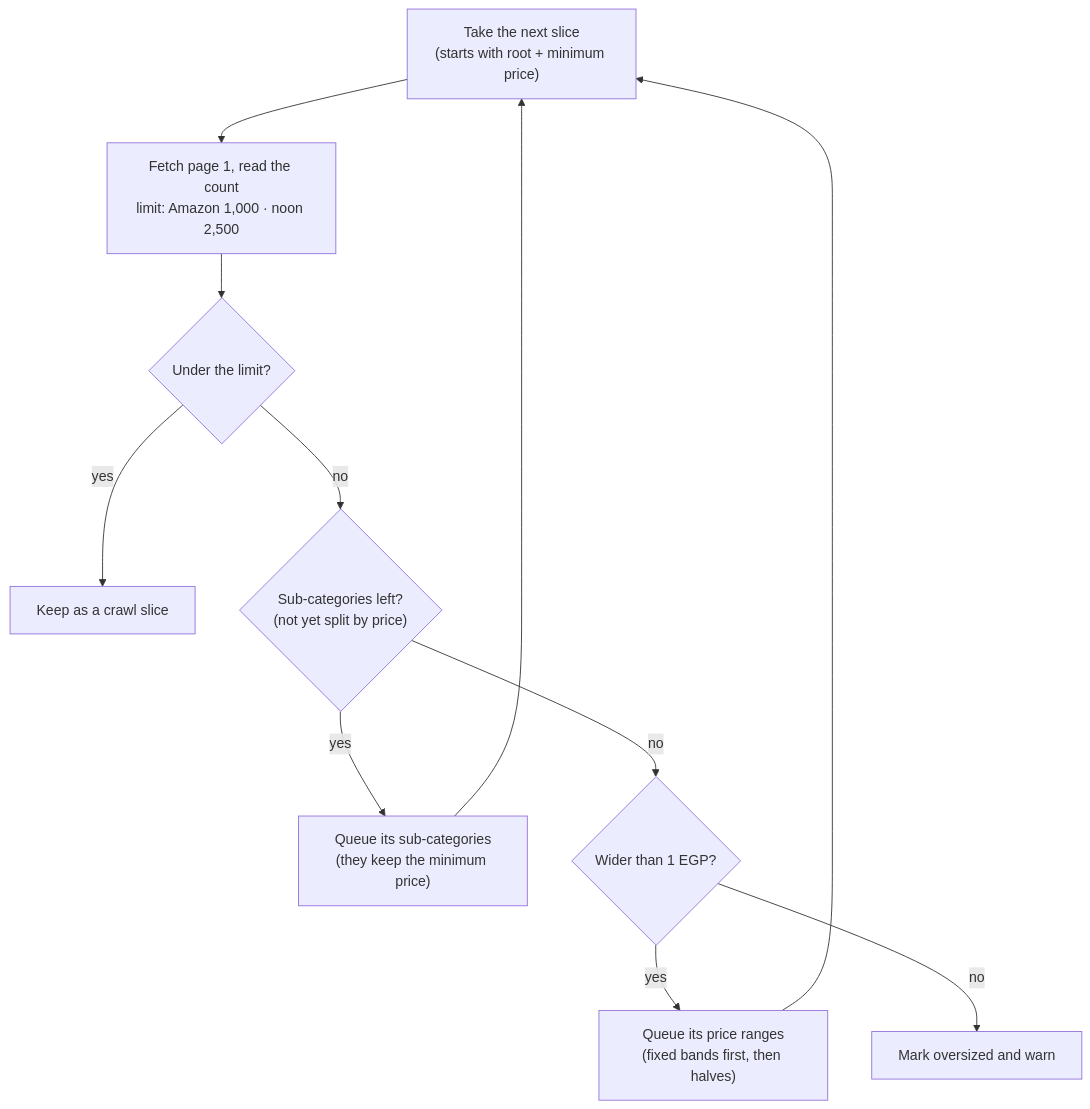
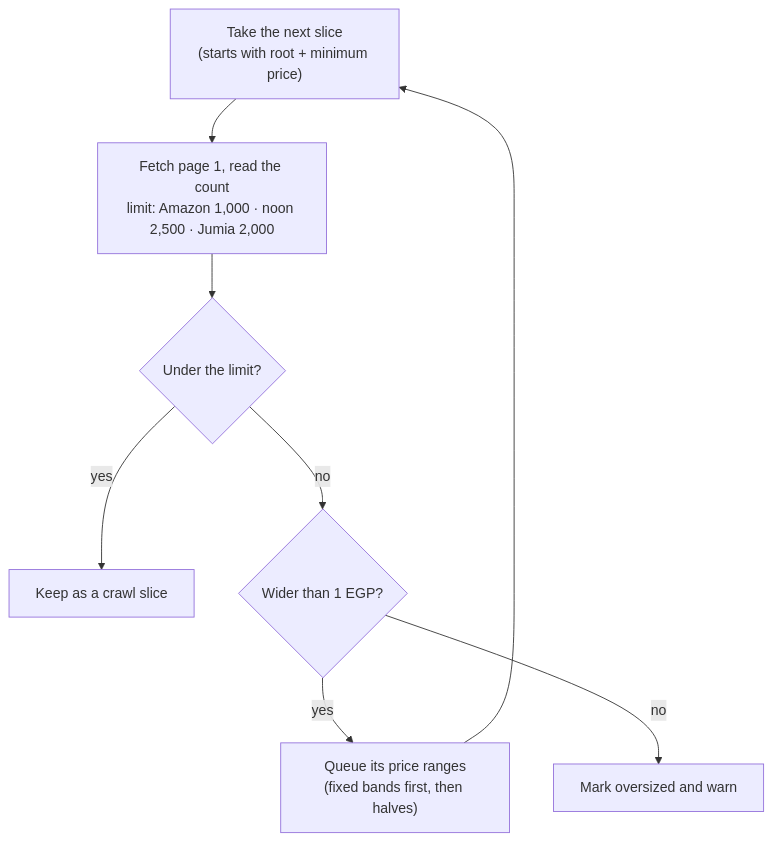
Before and after one commit to mohamed-mahmoud377/e-commerce-discounts-alert: the second of 3 diagrams in docs/GUIDE.md, drawn with Mermaid. The commit also changed other lines of this file and 11 other files, not shown here.

First line of the commit message:
Planner splits by price only on every shop: parent categories hold products their children don't

````diff
--- a/docs/GUIDE.md
+++ b/docs/GUIDE.md
@@ -259,11 +259,9 @@
 ```mermaid
 flowchart TB
-    q["Take the next slice<br/>(starts with root + minimum price)"] --> p["Fetch page 1, read the count<br/>limit: Amazon 1,000 · noon 2,500"]
+    q["Take the next slice<br/>(starts with root + minimum price)"] --> p["Fetch page 1, read the count<br/>limit: Amazon 1,000 · noon 2,500 · Jumia 2,000"]
     p --> d1{"Under the limit?"}
     d1 -- yes --> keep["Keep as a crawl slice"]
-    d1 -- no --> d2{"Sub-categories left?<br/>(not yet split by price)"}
-    d2 -- yes --> sub["Queue its sub-categories<br/>(they keep the minimum price)"] --> q
-    d2 -- no --> d3{"Wider than 1 EGP?"}
+    d1 -- no --> d3{"Wider than 1 EGP?"}
     d3 -- yes --> price["Queue its price ranges<br/>(fixed bands first, then halves)"] --> q
     d3 -- no --> over["Mark oversized and warn"]
 ```
````
